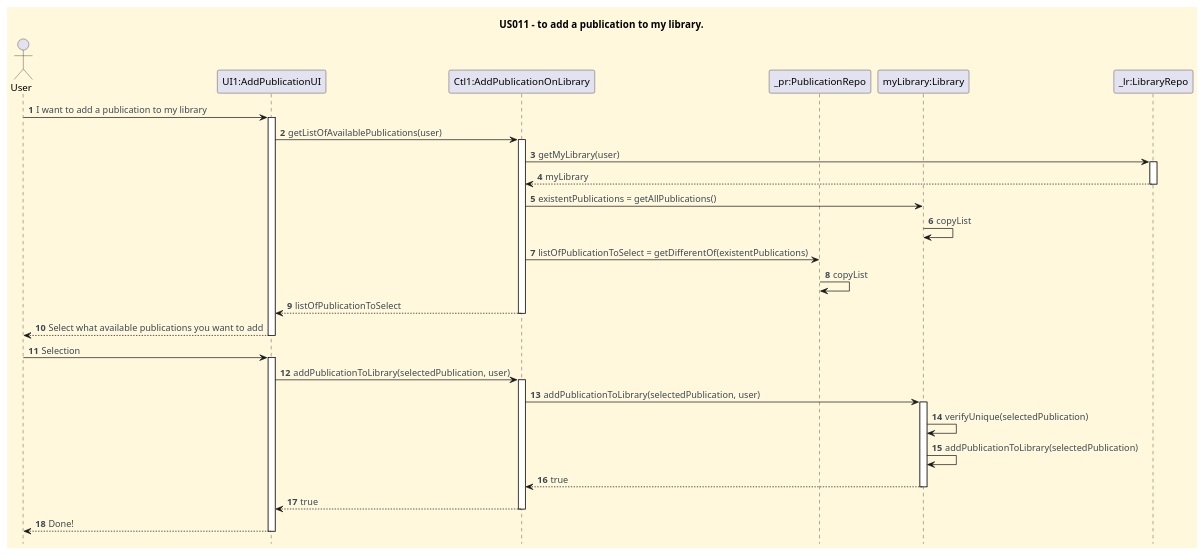
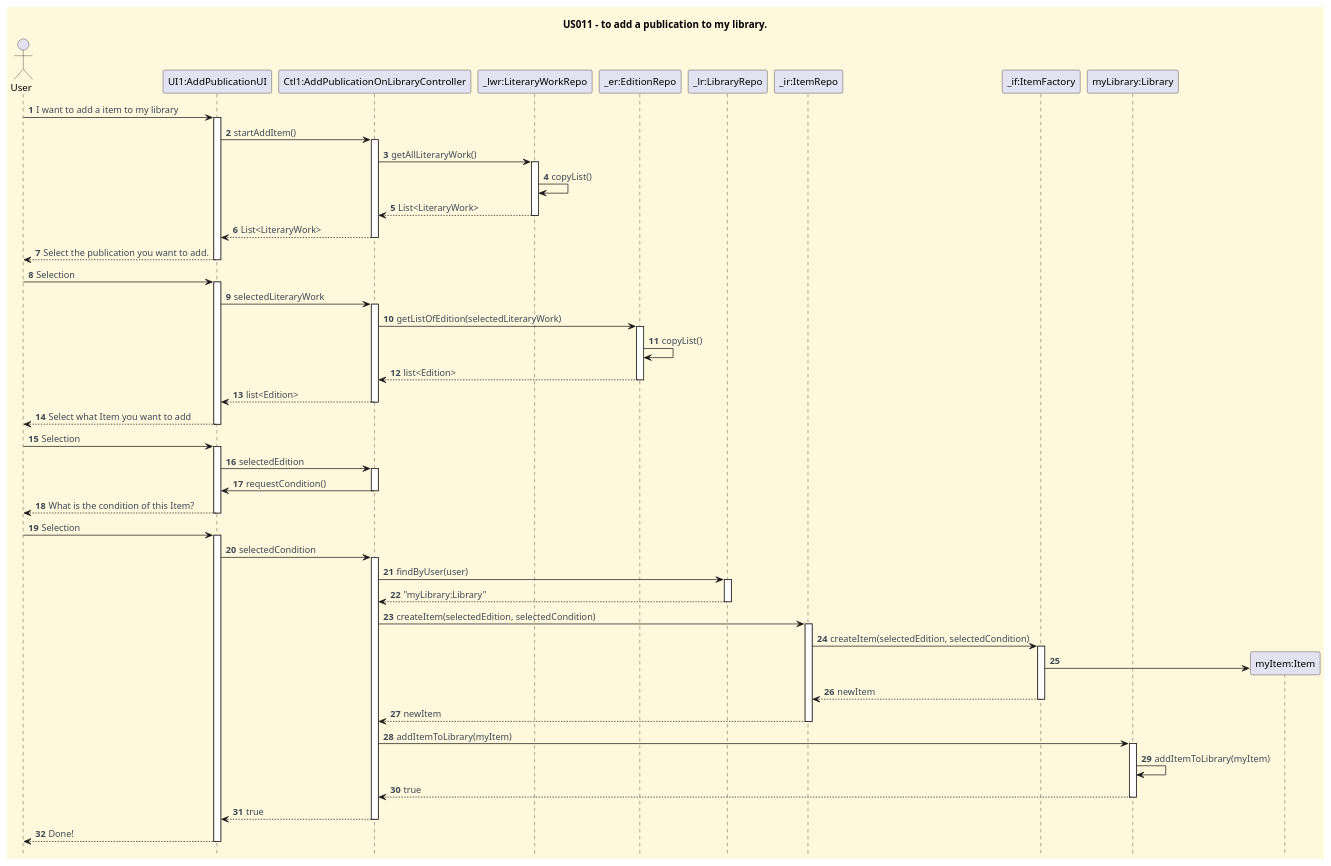
Before and after one commit to CarolinaLeite-collab/JavaMarketplacePlatform: the diagram in docs/userStories/US011/US011_add_publication_to_my_library_SD.puml, drawn with PlantUML. The commit also changed 1 other file, not shown here.

```diff
--- a/docs/userStories/US011/US011_add_publication_to_my_library_SD.puml
+++ b/docs/userStories/US011/US011_add_publication_to_my_library_SD.puml
@@ -1,62 +1,122 @@
 @startuml
 'https://plantuml.com/sequence-diagram
 hide footbox
 title US011 - to add a publication to my library.
 
 '==== basic style ====
 skinparam monochrome false
 skinparam shadowing false
 skinparam defaultFontName Futura
 skinparam objectFontSize 20
 skinparam backgroundColor CornSilk
 skinparam objectBackgroundColor WhiteSmoke
 skinparam noteBackgroundColor #FFFFE0
 skinparam ArrowFontColor #3B4953
 skinparam ActivationBackgroundColor black
 
 autonumber
 autoactivate off
 
 
 actor User
 participant "UI1:AddPublicationUI"
-participant "Ctl1:AddPublicationOnLibrary"
-participant "_pr:PublicationRepo"
+participant "Ctl1:AddPublicationOnLibraryController"
+participant "_lwr:LiteraryWorkRepo"
+participant "_er:EditionRepo"
+participant "_lr:LibraryRepo"
+participant "_ir:ItemRepo"
+participant "_if:ItemFactory"
 participant "myLibrary:Library"
-participant "_lr:LibraryRepo"
 
-User -> "UI1:AddPublicationUI" : I want to add a publication to my library
+'========================================
+' 1 - OBTER LITERARY WORK
+'========================================
+
+User -> "UI1:AddPublicationUI" : I want to add a item to my library
 activate "UI1:AddPublicationUI"
-"UI1:AddPublicationUI" -> "Ctl1:AddPublicationOnLibrary" : getListOfAvailablePublications(user)
-activate "Ctl1:AddPublicationOnLibrary"
-"Ctl1:AddPublicationOnLibrary" -> "_lr:LibraryRepo" : getMyLibrary(user)
-activate "_lr:LibraryRepo"
-"_lr:LibraryRepo" --> "Ctl1:AddPublicationOnLibrary" : myLibrary
-deactivate "_lr:LibraryRepo"
-"Ctl1:AddPublicationOnLibrary" -> "myLibrary:Library" : existentPublications = getAllPublications()
-"myLibrary:Library" -> "myLibrary:Library" : copyList
-"Ctl1:AddPublicationOnLibrary" -> "_pr:PublicationRepo" : listOfPublicationToSelect = getDifferentOf(existentPublications)
-"_pr:PublicationRepo" -> "_pr:PublicationRepo" : copyList
-"Ctl1:AddPublicationOnLibrary" --> "UI1:AddPublicationUI" : listOfPublicationToSelect
-deactivate "Ctl1:AddPublicationOnLibrary"
-"UI1:AddPublicationUI" --> User : Select what available publications you want to add
+"UI1:AddPublicationUI" -> "Ctl1:AddPublicationOnLibraryController" : startAddItem()
+activate "Ctl1:AddPublicationOnLibraryController"
+"Ctl1:AddPublicationOnLibraryController" -> "_lwr:LiteraryWorkRepo" : getAllLiteraryWork()
+activate "_lwr:LiteraryWorkRepo"
+"_lwr:LiteraryWorkRepo" -> "_lwr:LiteraryWorkRepo" : copyList()
+"_lwr:LiteraryWorkRepo" --> "Ctl1:AddPublicationOnLibraryController" : List<LiteraryWork>
+deactivate "_lwr:LiteraryWorkRepo"
+"Ctl1:AddPublicationOnLibraryController" --> "UI1:AddPublicationUI" : List<LiteraryWork>
+deactivate "Ctl1:AddPublicationOnLibraryController"
+"UI1:AddPublicationUI" --> User : Select the publication you want to add.
+deactivate "UI1:AddPublicationUI"
+
+'========================================
+' 2 - OBTER EDIÇÕES
+'========================================
+
+User -> "UI1:AddPublicationUI" : Selection
+activate "UI1:AddPublicationUI"
+"UI1:AddPublicationUI" -> "Ctl1:AddPublicationOnLibraryController" : selectedLiteraryWork
+activate "Ctl1:AddPublicationOnLibraryController"
+"Ctl1:AddPublicationOnLibraryController" -> "_er:EditionRepo" :  getListOfEdition(selectedLiteraryWork)
+activate "_er:EditionRepo"
+"_er:EditionRepo" -> "_er:EditionRepo" : copyList()
+"_er:EditionRepo" --> "Ctl1:AddPublicationOnLibraryController" : list<Edition>
+deactivate "_er:EditionRepo"
+"Ctl1:AddPublicationOnLibraryController" --> "UI1:AddPublicationUI" : list<Edition>
+deactivate "Ctl1:AddPublicationOnLibraryController"
+"UI1:AddPublicationUI" --> User : Select what Item you want to add
 deactivate "UI1:AddPublicationUI"
 User -> "UI1:AddPublicationUI" : Selection
 activate "UI1:AddPublicationUI"
-"UI1:AddPublicationUI" -> "Ctl1:AddPublicationOnLibrary" : addPublicationToLibrary(selectedPublication, user)
-activate "Ctl1:AddPublicationOnLibrary"
-"Ctl1:AddPublicationOnLibrary" -> "myLibrary:Library" : addPublicationToLibrary(selectedPublication, user)
+"UI1:AddPublicationUI" -> "Ctl1:AddPublicationOnLibraryController" : selectedEdition
+activate "Ctl1:AddPublicationOnLibraryController"
+
+'========================================
+' 3 - SELEÇÃO DA CONDIÇÃO
+'========================================
+
+"Ctl1:AddPublicationOnLibraryController" -> "UI1:AddPublicationUI" : requestCondition()
+deactivate "Ctl1:AddPublicationOnLibraryController"
+"UI1:AddPublicationUI" --> User : What is the condition of this Item?
+deactivate "UI1:AddPublicationUI"
+User -> "UI1:AddPublicationUI" : Selection
+activate "UI1:AddPublicationUI"
+"UI1:AddPublicationUI" -> "Ctl1:AddPublicationOnLibraryController" :selectedCondition
+activate "Ctl1:AddPublicationOnLibraryController"
+
+'========================================
+' 4 - SELEÇÃO DA LIBRARY
+'========================================
+
+"Ctl1:AddPublicationOnLibraryController" -> "_lr:LibraryRepo" : findByUser(user)
+activate "_lr:LibraryRepo"
+"_lr:LibraryRepo" --> "Ctl1:AddPublicationOnLibraryController" : "myLibrary:Library"
+deactivate "_lr:LibraryRepo"
+
+'========================================
+' 5 - CRIAR ITEM
+'========================================
+
+"Ctl1:AddPublicationOnLibraryController" -> "_ir:ItemRepo" : createItem(selectedEdition, selectedCondition)
+activate "_ir:ItemRepo"
+"_ir:ItemRepo" -> "_if:ItemFactory" : createItem(selectedEdition, selectedCondition)
+activate "_if:ItemFactory"
+create "myItem:Item" as instance
+"_if:ItemFactory" -> instance
+"_if:ItemFactory" --> "_ir:ItemRepo" : newItem
+deactivate "_if:ItemFactory"
+"_ir:ItemRepo" --> "Ctl1:AddPublicationOnLibraryController" : newItem
+deactivate "_ir:ItemRepo"
+
+'========================================
+' 6 - ADICIONAR À BIBLIOTECA
+'========================================
+
+"Ctl1:AddPublicationOnLibraryController" -> "myLibrary:Library" : addItemToLibrary(myItem)
 activate "myLibrary:Library"
-"myLibrary:Library" -> "myLibrary:Library" : verifyUnique(selectedPublication)
-"myLibrary:Library" -> "myLibrary:Library" : addPublicationToLibrary(selectedPublication)
-"myLibrary:Library" --> "Ctl1:AddPublicationOnLibrary" : true
+"myLibrary:Library" -> "myLibrary:Library" : addItemToLibrary(myItem)
+"myLibrary:Library" --> "Ctl1:AddPublicationOnLibraryController" : true
 deactivate "myLibrary:Library"
-"Ctl1:AddPublicationOnLibrary" --> "UI1:AddPublicationUI" : true
-deactivate "Ctl1:AddPublicationOnLibrary"
+"Ctl1:AddPublicationOnLibraryController" --> "UI1:AddPublicationUI" : true
+deactivate "Ctl1:AddPublicationOnLibraryController"
 "UI1:AddPublicationUI" --> User : Done!
 deactivate "UI1:AddPublicationUI"
 
-
-
-
 @enduml
```
